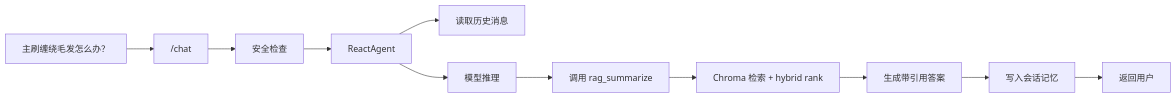
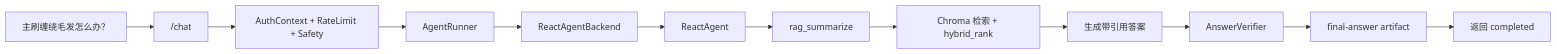
Diagram 17 of 20 in README.md (sleeping-Zack/agentproject), drawn with Mermaid before and after one commit. The commit also changed other lines of this file, not shown here.

Commit message:
docs: refresh architecture diagrams for harness control layer

````diff
--- a/README.md
+++ b/README.md
@@ -475,13 +720,14 @@
 ```mermaid
 flowchart LR
     User["主刷缠绕毛发怎么办？"] --> API["/chat"]
-    API --> Safe["安全检查"]
-    Safe --> Agent["ReactAgent"]
-    Agent --> Memory["读取历史消息"]
-    Agent --> LLM["模型推理"]
-    LLM --> Tool["调用 rag_summarize"]
-    Tool --> RAG["Chroma 检索 + hybrid rank"]
+    API --> Auth["AuthContext + RateLimit + Safety"]
+    Auth --> Runner["AgentRunner"]
+    Runner --> Backend["ReactAgentBackend"]
+    Backend --> Agent["ReactAgent"]
+    Agent --> Tool["rag_summarize"]
+    Tool --> RAG["Chroma 检索 + hybrid_rank"]
     RAG --> Answer["生成带引用答案"]
-    Answer --> Memory2["写入会话记忆"]
-    Memory2 --> Resp["返回用户"]
+    Answer --> Verifier["AnswerVerifier"]
+    Verifier --> Artifact["final-answer artifact"]
+    Artifact --> Resp["返回 completed"]
 ```
````
